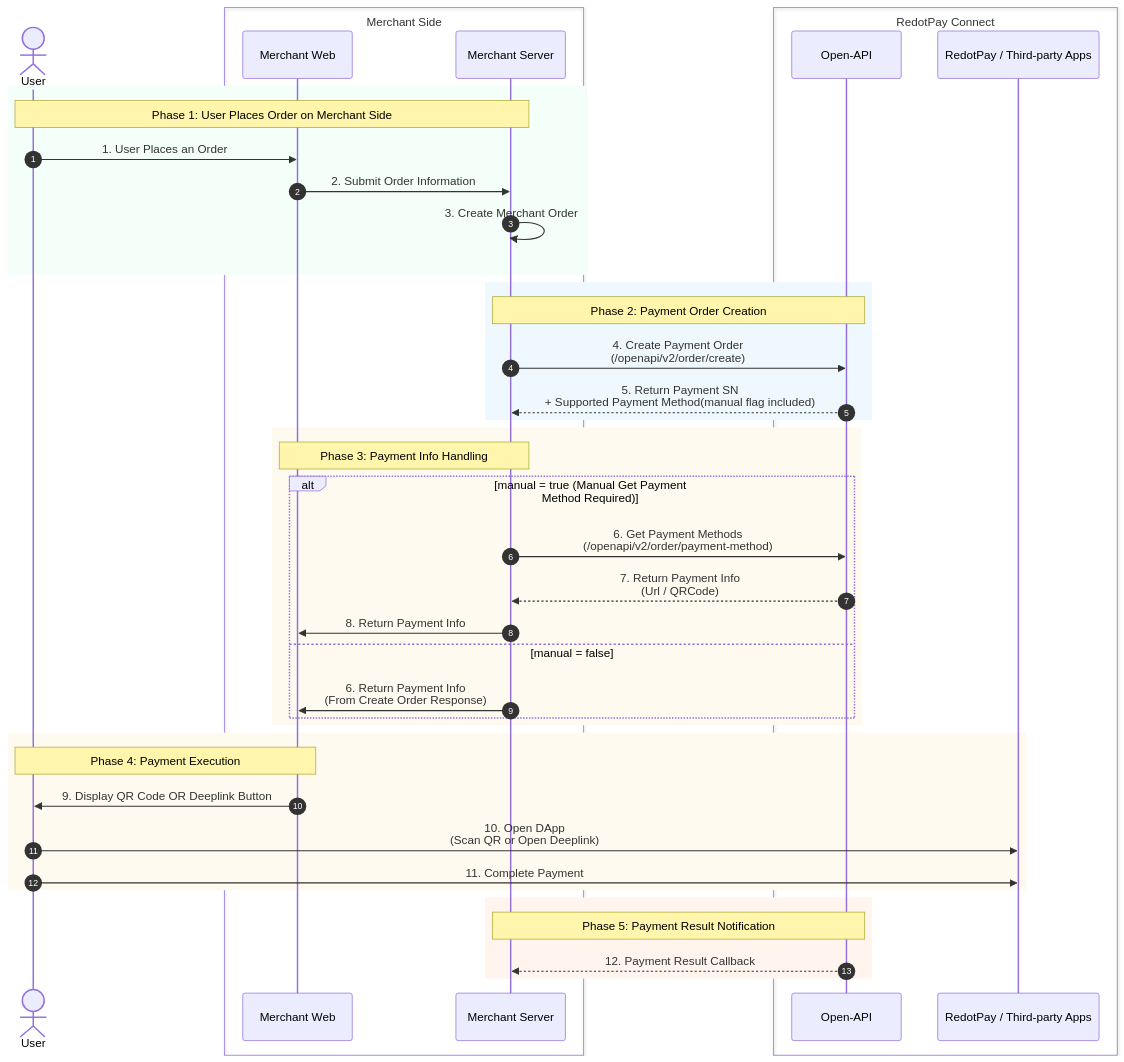
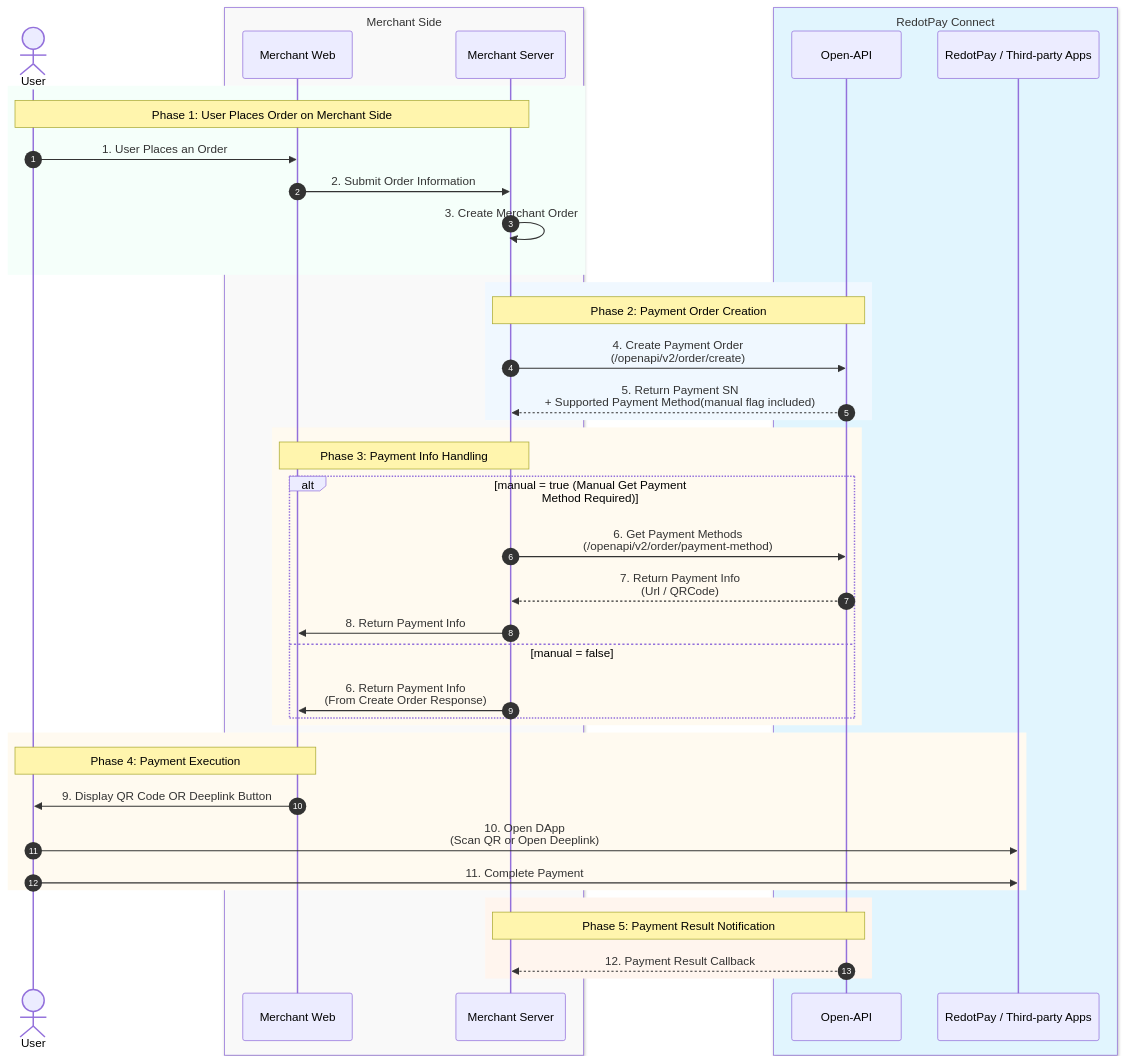
Before and after one commit to leo-nemo-8/test-changelog: the second of 2 diagrams in docs/Getting Started/payment.md, drawn with Mermaid.

Commit message:
Update doc `payment`

````diff
--- a/docs/Getting Started/payment.md
+++ b/docs/Getting Started/payment.md
@@ -99,60 +99,60 @@
 ```mermaid
 sequenceDiagram
     autonumber
 
     %% Participants
     actor User as User
 
-    box Merchant Side #f9f9f9
+    box rgb(249, 249, 249) Merchant Side
         participant App as Merchant Web
         participant Backend as Merchant Server
     end
 
-    box RedotPay Connect #e1f5fe
+    box rgb(225, 245, 254) RedotPay Connect
         participant API as Open-API
         participant DApp as RedotPay / Third-party Apps
     end
 
     %% Phase 1: User Places Order
     rect rgb(245, 255, 250)
         note over User, Backend: Phase 1: User Places Order on Merchant Side
         User->>App: 1. User Places an Order
         App->>Backend: 2. Submit Order Information
         Backend->>Backend: 3. Create Merchant Order
     end
 
     %% Phase 2: Payment Order Creation
     rect rgb(240, 248, 255)
         note over Backend, API: Phase 2: Payment Order Creation
         Backend->>API: 4. Create Payment Order<br/>(/openapi/v2/order/create)
         API-->>Backend: 5. Return Payment SN<br/>+ Supported Payment Method(manual flag included)
     end
 
     %% Phase 3: Payment Info Handling
     rect rgb(255, 250, 240)
         note over Backend, App: Phase 3: Payment Info Handling
 
         alt manual = true (Manual Get Payment Method Required)
             Backend->>API: 6. Get Payment Methods<br/>(/openapi/v2/order/payment-method)
             API-->>Backend: 7. Return Payment Info<br/>(Url / QRCode)
             Backend->>App: 8. Return Payment Info
         else manual = false
             Backend->>App: 6. Return Payment Info<br/>(From Create Order Response)
         end
     end
 
     %% Phase 4: Payment Execution
     rect rgb(255, 250, 240)
         note over App, User: Phase 4: Payment Execution
         App->>User: 9. Display QR Code OR Deeplink Button
         User->>DApp: 10. Open DApp<br/>(Scan QR or Open Deeplink)
         User->>DApp: 11. Complete Payment
     end
 
     %% Phase 5: Payment Result Notification
     rect rgb(255, 245, 238)
         note over API, Backend: Phase 5: Payment Result Notification
         API-->>Backend: 12. Payment Result Callback
     end
 
 ```
````
